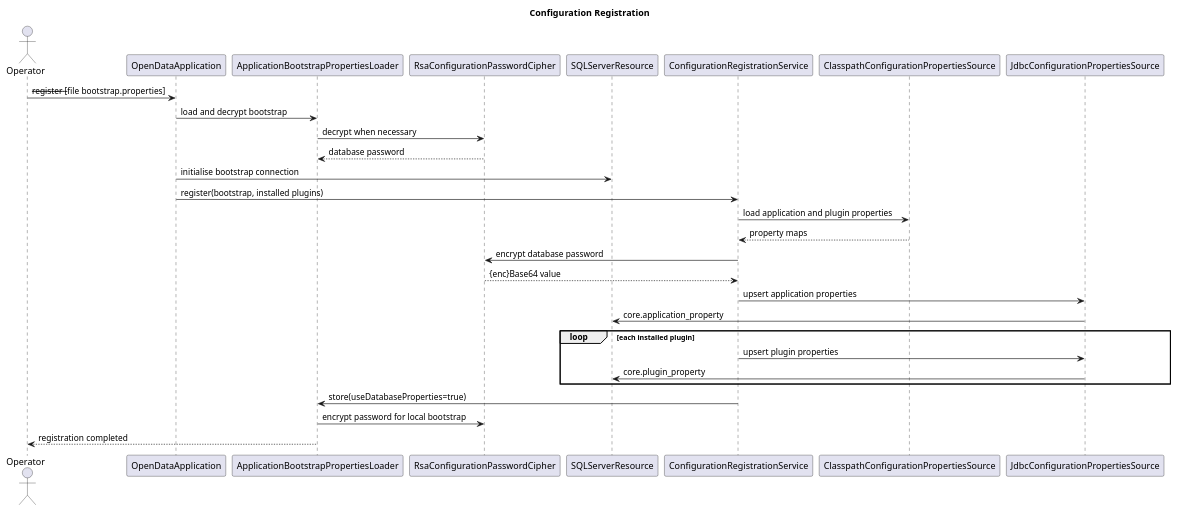
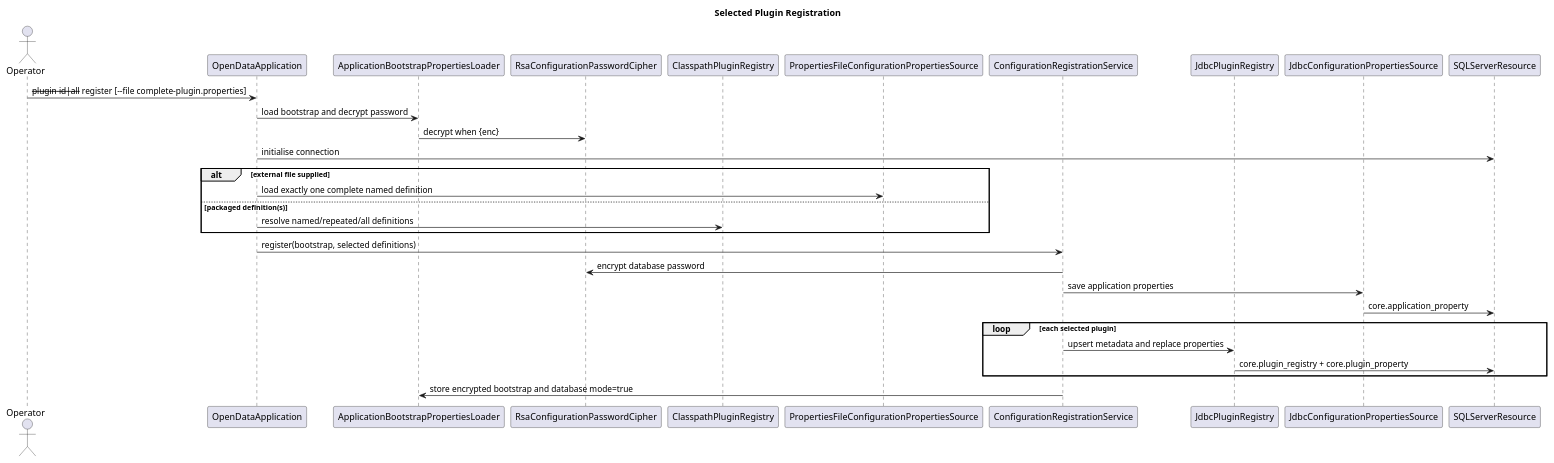
Before and after one commit to TerryCurranZellis/OpenData: the diagram in docs/diagrams/source/configuration-registration-sequence.puml, drawn with PlantUML. The commit also changed 128 other files, not shown here.

```diff
--- a/docs/diagrams/source/configuration-registration-sequence.puml
+++ b/docs/diagrams/source/configuration-registration-sequence.puml
@@ -1,31 +1,32 @@
 @startuml
-title Configuration Registration
+title Selected Plugin Registration
 actor Operator
 participant OpenDataApplication as Application
 participant ApplicationBootstrapPropertiesLoader as Bootstrap
 participant RsaConfigurationPasswordCipher as Cipher
-participant SQLServerResource as Database
+participant ClasspathPluginRegistry as Catalogue
+participant PropertiesFileConfigurationPropertiesSource as ExternalFile
 participant ConfigurationRegistrationService as Register
-participant ClasspathConfigurationPropertiesSource as Files
-participant JdbcConfigurationPropertiesSource as Jdbc
+participant JdbcPluginRegistry as Registry
+participant JdbcConfigurationPropertiesSource as Properties
+participant SQLServerResource as SQL
 
-Operator -> Application : --register [--file bootstrap.properties]
-Application -> Bootstrap : load and decrypt bootstrap
-Bootstrap -> Cipher : decrypt when necessary
-Cipher --> Bootstrap : database password
-Application -> Database : initialise bootstrap connection
-Application -> Register : register(bootstrap, installed plugins)
-Register -> Files : load application and plugin properties
-Files --> Register : property maps
+Operator -> Application : --plugin id|all --register [--file complete-plugin.properties]
+Application -> Bootstrap : load bootstrap and decrypt password
+Bootstrap -> Cipher : decrypt when {enc}
+Application -> SQL : initialise connection
+alt external file supplied
+  Application -> ExternalFile : load exactly one complete named definition
+else packaged definition(s)
+  Application -> Catalogue : resolve named/repeated/all definitions
+end
+Application -> Register : register(bootstrap, selected definitions)
 Register -> Cipher : encrypt database password
-Cipher --> Register : {enc}Base64 value
-Register -> Jdbc : upsert application properties
-Jdbc -> Database : core.application_property
-loop each installed plugin
-  Register -> Jdbc : upsert plugin properties
-  Jdbc -> Database : core.plugin_property
+Register -> Properties : save application properties
+Properties -> SQL : core.application_property
+loop each selected plugin
+  Register -> Registry : upsert metadata and replace properties
+  Registry -> SQL : core.plugin_registry + core.plugin_property
 end
-Register -> Bootstrap : store(useDatabaseProperties=true)
-Bootstrap -> Cipher : encrypt password for local bootstrap
-Bootstrap --> Operator : registration completed
+Register -> Bootstrap : store encrypted bootstrap and database mode=true
 @enduml
```
